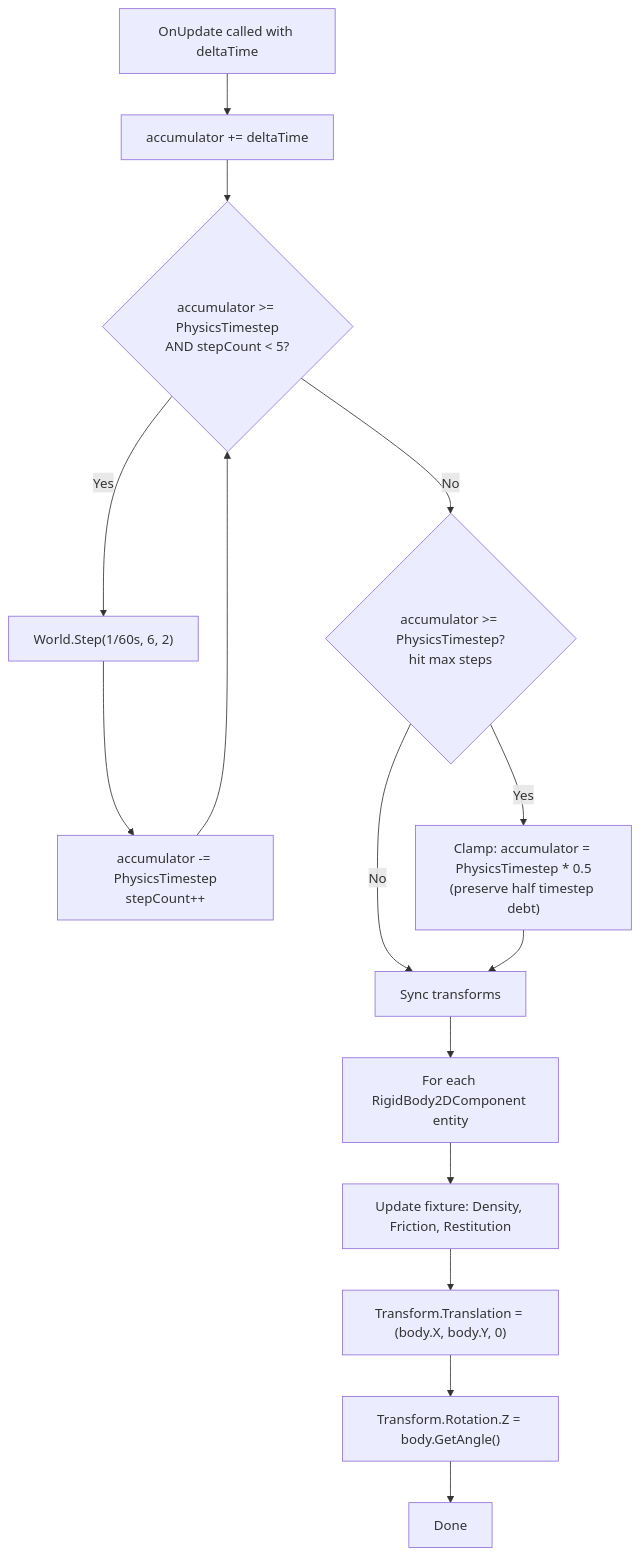
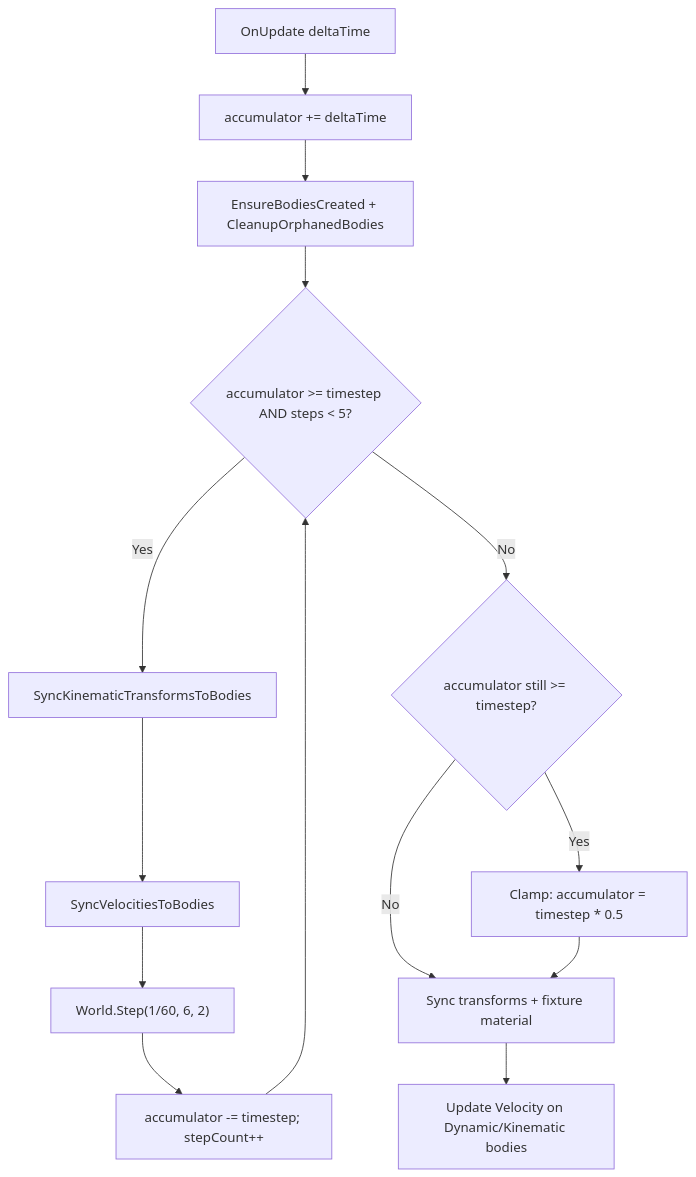
One commit to kateusz/GameEngine changed the third of 4 diagrams in docs/architecture/physics-system.md. Above: the diagram before and after it, drawn with Mermaid. The commit also changed other lines of this file and 25 other files, not shown here.

````diff
--- a/docs/architecture/physics-system.md
+++ b/docs/architecture/physics-system.md
@@ -111,17 +161,16 @@
 ```mermaid
 flowchart TD
-    A[OnUpdate called with deltaTime] --> B[accumulator += deltaTime]
-    B --> C{accumulator >= PhysicsTimestep<br/>AND stepCount < 5?}
-    C -->|Yes| D["World.Step(1/60s, 6, 2)"]
-    D --> E[accumulator -= PhysicsTimestep<br/>stepCount++]
-    E --> C
-    C -->|No| F{accumulator >= PhysicsTimestep?<br/>hit max steps}
-    F -->|Yes| G["Clamp: accumulator = PhysicsTimestep * 0.5<br/>(preserve half timestep debt)"]
-    F -->|No| H[Sync transforms]
-    G --> H
-    H --> I[For each RigidBody2DComponent entity]
-    I --> J["Update fixture: Density, Friction, Restitution"]
-    J --> K["Transform.Translation = (body.X, body.Y, 0)"]
-    K --> L["Transform.Rotation.Z = body.GetAngle()"]
-    L --> M[Done]
+    A[OnUpdate deltaTime] --> B[accumulator += deltaTime]
+    B --> C[EnsureBodiesCreated + CleanupOrphanedBodies]
+    C --> D{accumulator >= timestep AND steps < 5?}
+    D -->|Yes| E[SyncKinematicTransformsToBodies]
+    E --> F[SyncVelocitiesToBodies]
+    F --> G["World.Step(1/60, 6, 2)"]
+    G --> H[accumulator -= timestep; stepCount++]
+    H --> D
+    D -->|No| I{accumulator still >= timestep?}
+    I -->|Yes| J["Clamp: accumulator = timestep * 0.5"]
+    I -->|No| K[Sync transforms + fixture material]
+    J --> K
+    K --> L[Update Velocity on Dynamic/Kinematic bodies]
 ```
````
